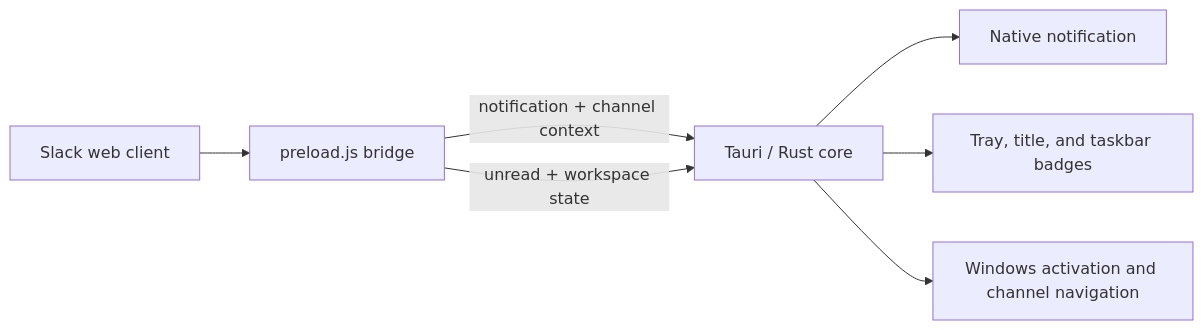
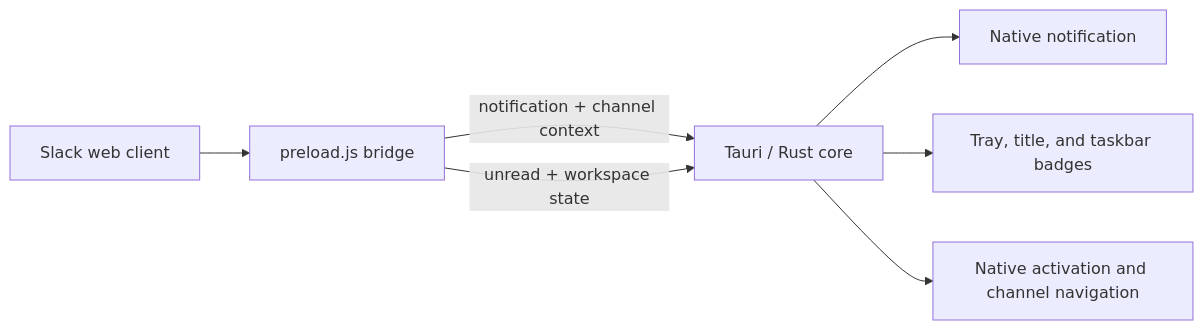
Before and after one commit to sanguneo/zlack: the diagram in README.md, drawn with Mermaid. The commit also changed other lines of this file and 19 other files, not shown here.

````diff
--- a/README.md
+++ b/README.md
@@ -100,9 +101,9 @@
 ```mermaid
 flowchart LR
     A["Slack web client"] --> B["preload.js bridge"]
     B -->|"notification + channel context"| C["Tauri / Rust core"]
     B -->|"unread + workspace state"| C
     C --> D["Native notification"]
     C --> E["Tray, title, and taskbar badges"]
-    C --> F["Windows activation and channel navigation"]
+    C --> F["Native activation and channel navigation"]
 ```
````
